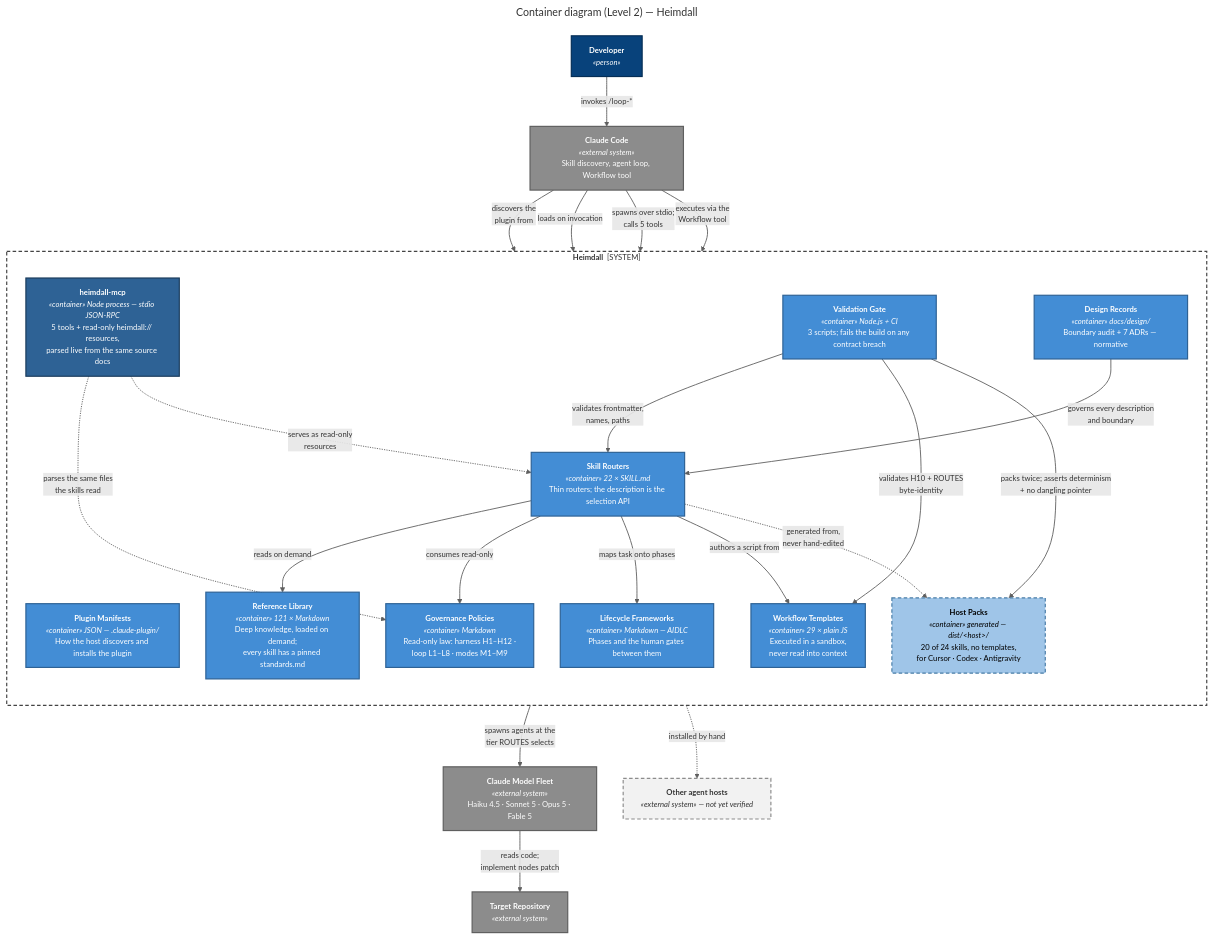
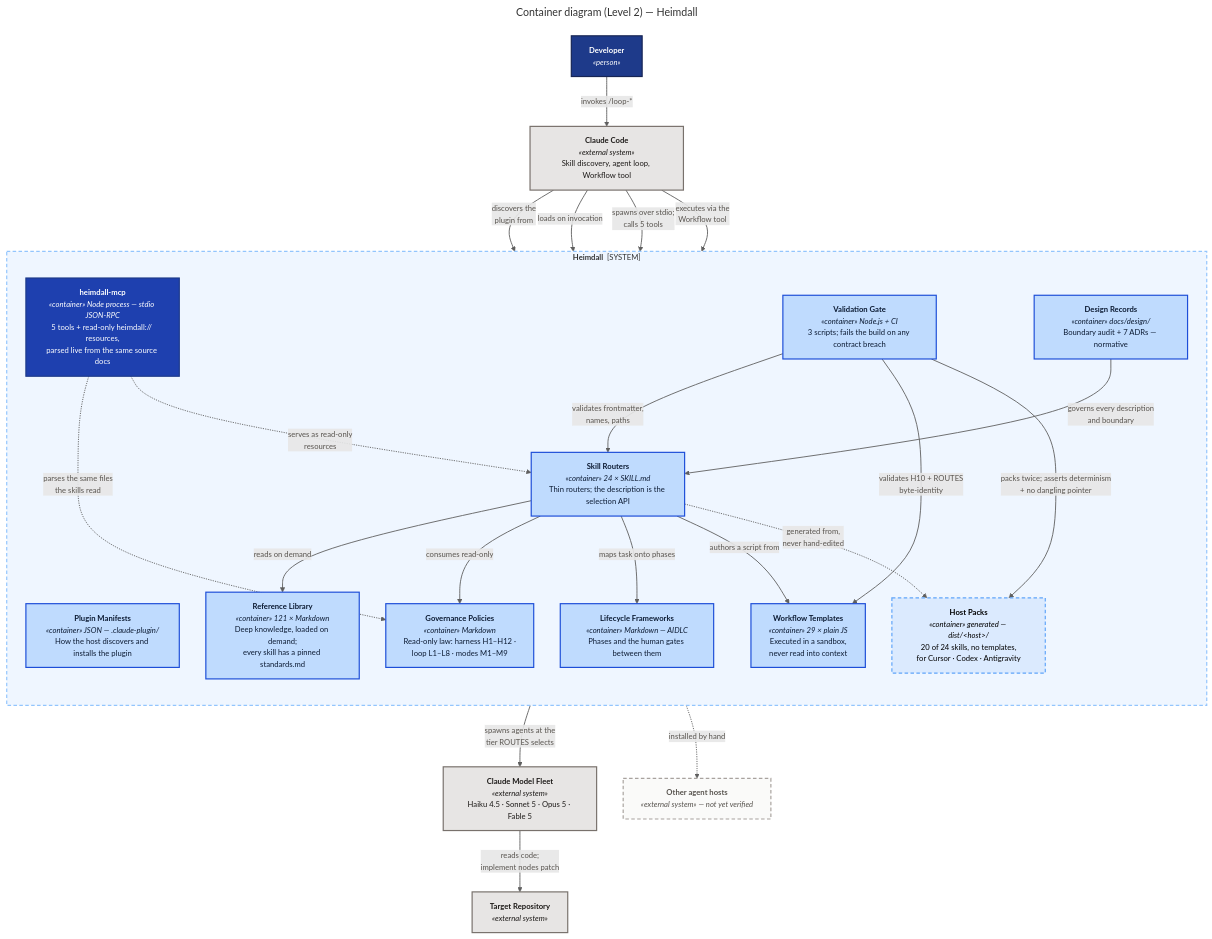
One commit to santapong/Proof changed the diagram in docs/c4/diagrams/src/container.mmd. Above: the diagram before and after it, drawn with Mermaid. The commit also changed 35 other files, not shown here.

First line of the commit message:
Diagrams: apply the family palette to all 18 sources

```diff
--- a/docs/c4/diagrams/src/container.mmd
+++ b/docs/c4/diagrams/src/container.mmd
@@ -1,60 +1,60 @@
 ---
 title: "Container diagram (Level 2) — Heimdall"
 ---
 %%{init: {"flowchart": {"curve": "basis", "nodeSpacing": 45, "rankSpacing": 65}, "themeVariables": {"fontFamily": "Segoe UI, Helvetica, Arial, sans-serif", "fontSize": "13px"}}}%%
 flowchart TB
     dev["<b>Developer</b><br/><i>«person»</i>"]
     cc["<b>Claude Code</b><br/><i>«external system»</i><br/>Skill discovery, agent loop, Workflow tool"]
 
     subgraph hd["<b>Heimdall</b> &nbsp;[SYSTEM]"]
         direction TB
         manifest["<b>Plugin Manifests</b><br/><i>«container» JSON — .claude-plugin/</i><br/>How the host discovers and installs the plugin"]
-        routers["<b>Skill Routers</b><br/><i>«container» 22 × SKILL.md</i><br/>Thin routers; the description is the selection API"]
+        routers["<b>Skill Routers</b><br/><i>«container» 24 × SKILL.md</i><br/>Thin routers; the description is the selection API"]
         refs["<b>Reference Library</b><br/><i>«container» 121 × Markdown</i><br/>Deep knowledge, loaded on demand;<br/>every skill has a pinned standards.md"]
         templates["<b>Workflow Templates</b><br/><i>«container» 29 × plain JS</i><br/>Executed in a sandbox,<br/>never read into context"]
         policy["<b>Governance Policies</b><br/><i>«container» Markdown</i><br/>Read-only law: harness H1–H12 ·<br/>loop L1–L8 · modes M1–M9"]
         frameworks["<b>Lifecycle Frameworks</b><br/><i>«container» Markdown — AIDLC</i><br/>Phases and the human gates between them"]
         design["<b>Design Records</b><br/><i>«container» docs/design/</i><br/>Boundary audit + 7 ADRs — normative"]
         mcp["<b>heimdall-mcp</b><br/><i>«container» Node process — stdio JSON-RPC</i><br/>5 tools + read-only heimdall:// resources,<br/>parsed live from the same source docs"]
         gate["<b>Validation Gate</b><br/><i>«container» Node.js + CI</i><br/>3 scripts; fails the build on any contract breach"]
         packs["<b>Host Packs</b><br/><i>«container» generated — dist/&lt;host&gt;/</i><br/>20 of 24 skills, no templates,<br/>for Cursor · Codex · Antigravity"]
     end
 
     fleet["<b>Claude Model Fleet</b><br/><i>«external system»</i><br/>Haiku 4.5 · Sonnet 5 · Opus 5 · Fable 5"]
     repo["<b>Target Repository</b><br/><i>«external system»</i>"]
     hosts["<b>Other agent hosts</b><br/><i>«external system» — not yet verified</i>"]
 
     dev -- "invokes /loop-*" --> cc
     cc -- "discovers the<br/>plugin from" --> manifest
     cc -- "loads on invocation" --> routers
     cc -- "spawns over stdio;<br/>calls 5 tools" --> mcp
     routers -- "reads on demand" --> refs
     routers -- "consumes read-only" --> policy
     routers -- "maps task onto phases" --> frameworks
     routers -- "authors a script from" --> templates
     cc -- "executes via the<br/>Workflow tool" --> templates
     templates -- "spawns agents at the<br/>tier ROUTES selects" --> fleet
     fleet -- "reads code;<br/>implement nodes patch" --> repo
     mcp -. "parses the same files<br/>the skills read" .-> policy
     mcp -. "serves as read-only<br/>resources" .-> routers
     gate -- "validates frontmatter,<br/>names, paths" --> routers
     gate -- "validates H10 + ROUTES<br/>byte-identity" --> templates
     gate -- "packs twice; asserts determinism<br/>+ no dangling pointer" --> packs
     design -- "governs every description<br/>and boundary" --> routers
     routers -. "generated from,<br/>never hand-edited" .-> packs
     packs -. "installed by hand" .-> hosts
 
-    classDef person fill:#08427B,stroke:#052E56,stroke-width:2px,color:#fff
-    classDef container fill:#438DD5,stroke:#2E6295,stroke-width:2px,color:#fff
-    classDef process fill:#2E6295,stroke:#1B3C5C,stroke-width:2px,color:#fff
-    classDef generated fill:#9FC5E8,stroke:#4A7EA8,stroke-width:2px,stroke-dasharray:6 4,color:#000
-    classDef ext fill:#8C8C8C,stroke:#5F5F5F,stroke-width:2px,color:#fff
-    classDef planned fill:#F2F2F2,stroke:#8C8C8C,stroke-width:2px,stroke-dasharray:6 4,color:#333
+    classDef person fill:#1E3A8A,stroke:#172554,stroke-width:2px,color:#fff
+    classDef container fill:#BFDBFE,stroke:#1D4ED8,stroke-width:2px,color:#0C1B33
+    classDef process fill:#1E40AF,stroke:#1E3A8A,stroke-width:2px,color:#fff
+    classDef generated fill:#DBEAFE,stroke:#60A5FA,stroke-width:2px,stroke-dasharray:6 4,color:#000
+    classDef ext fill:#E7E5E4,stroke:#78716C,stroke-width:2px,color:#1C1917
+    classDef planned fill:#FAFAF9,stroke:#A8A29E,stroke-width:2px,stroke-dasharray:6 4,color:#57534E
     class dev person
     class manifest,routers,refs,templates,policy,frameworks,design,gate container
     class mcp process
     class packs generated
     class cc,fleet,repo ext
     class hosts planned
-    style hd fill:none,stroke:#444444,stroke-width:2px,stroke-dasharray:6 4
-    linkStyle default stroke:#5F5F5F,stroke-width:1.5px,color:#333
+    style hd fill:#EFF6FF,stroke:#93C5FD,stroke-width:2px,stroke-dasharray:6 4
+    linkStyle default stroke:#5F5F5F,stroke-width:1.5px,color:#57534E
```
